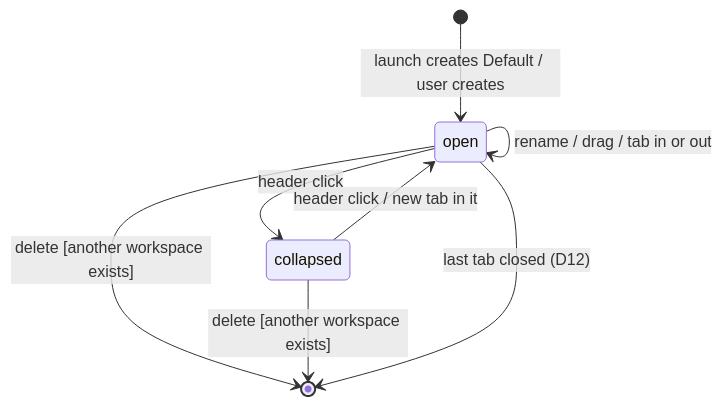
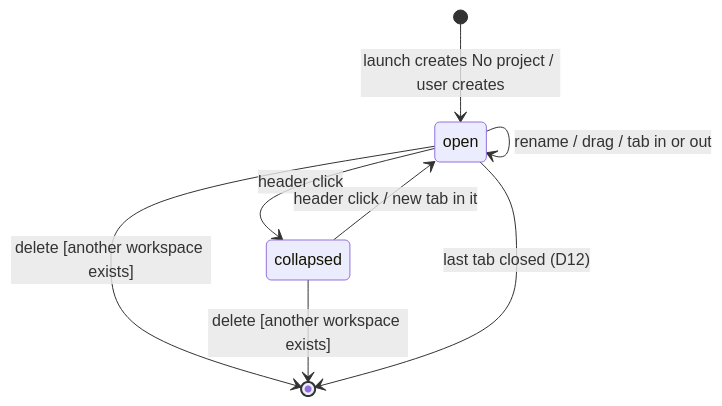
Before and after one commit to daniil4545/tarn: the second of 2 diagrams in docs/specs/windows-workspaces.md, drawn with Mermaid. The commit also changed other lines of this file and 15 other files, not shown here.

````diff
--- a/docs/specs/windows-workspaces.md
+++ b/docs/specs/windows-workspaces.md
@@ -44,10 +44,10 @@
 ```mermaid
 stateDiagram-v2
-  [*] --> open: launch creates Default / user creates
+  [*] --> open: launch creates No project / user creates
   open --> collapsed: header click
   collapsed --> open: header click / new tab in it
   open --> open: rename / drag / tab in or out
   open --> [*]: delete [another workspace exists]
   collapsed --> [*]: delete [another workspace exists]
   open --> [*]: last tab closed (D12)
 ```
````
